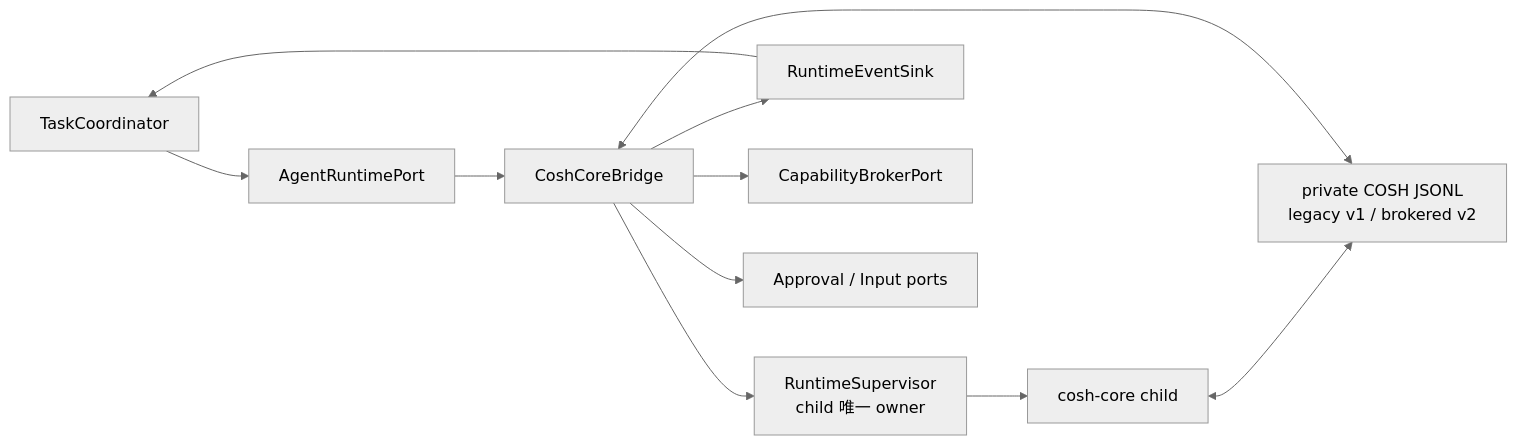
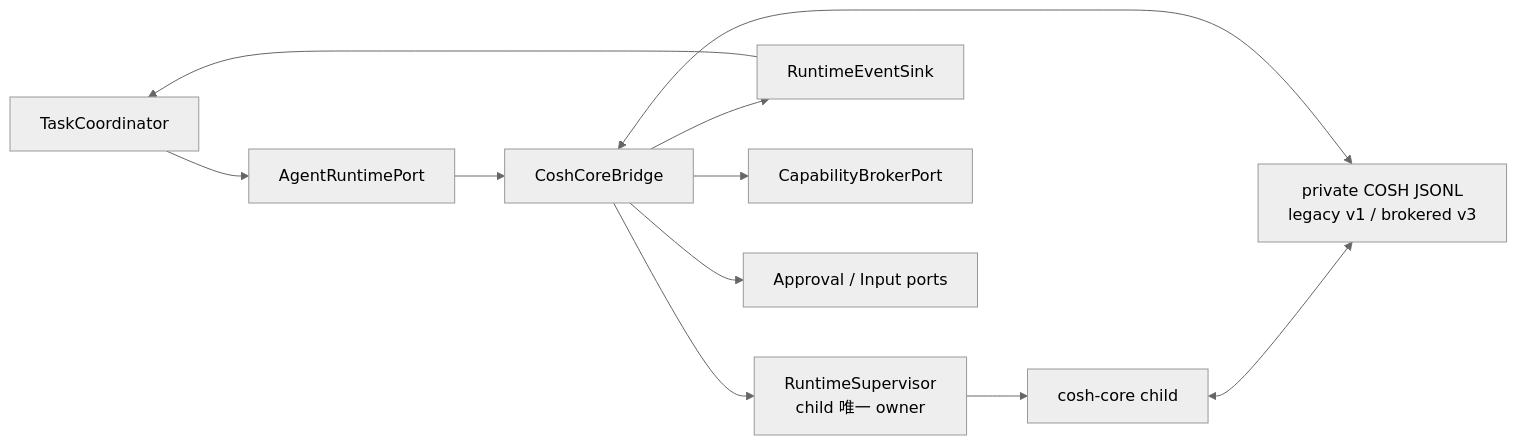
Before and after one commit to 1570005763/anolisa: the diagram in src/cosh-ng/docs/design/acp-task-platform/task-plane/cosh-core-bridge/design_zh.md, drawn with Mermaid (neutral theme). The commit also changed other lines of this file and 48 other files, not shown here.

First line of the commit message:
feat(cosh-ng): [core,gateway] bind profile

````diff
--- a/src/cosh-ng/docs/design/acp-task-platform/task-plane/cosh-core-bridge/design_zh.md
+++ b/src/cosh-ng/docs/design/acp-task-platform/task-plane/cosh-core-bridge/design_zh.md
@@ -83,13 +84,13 @@
 ```mermaid
 flowchart LR
     TC["TaskCoordinator"] --> ARP["AgentRuntimePort"]
     ARP --> CCB["CoshCoreBridge"]
     CCB --> RS["RuntimeSupervisor\nchild 唯一 owner"]
     RS --> CORE["cosh-core child"]
-    CORE <--> J["private COSH JSONL\nlegacy v1 / brokered v2"]
+    CORE <--> J["private COSH JSONL\nlegacy v1 / brokered v3"]
     J <--> CCB
     CCB --> RES["RuntimeEventSink"]
     CCB --> CB["CapabilityBrokerPort"]
     CCB --> AS["Approval / Input ports"]
     RES --> TC
 ```
````
